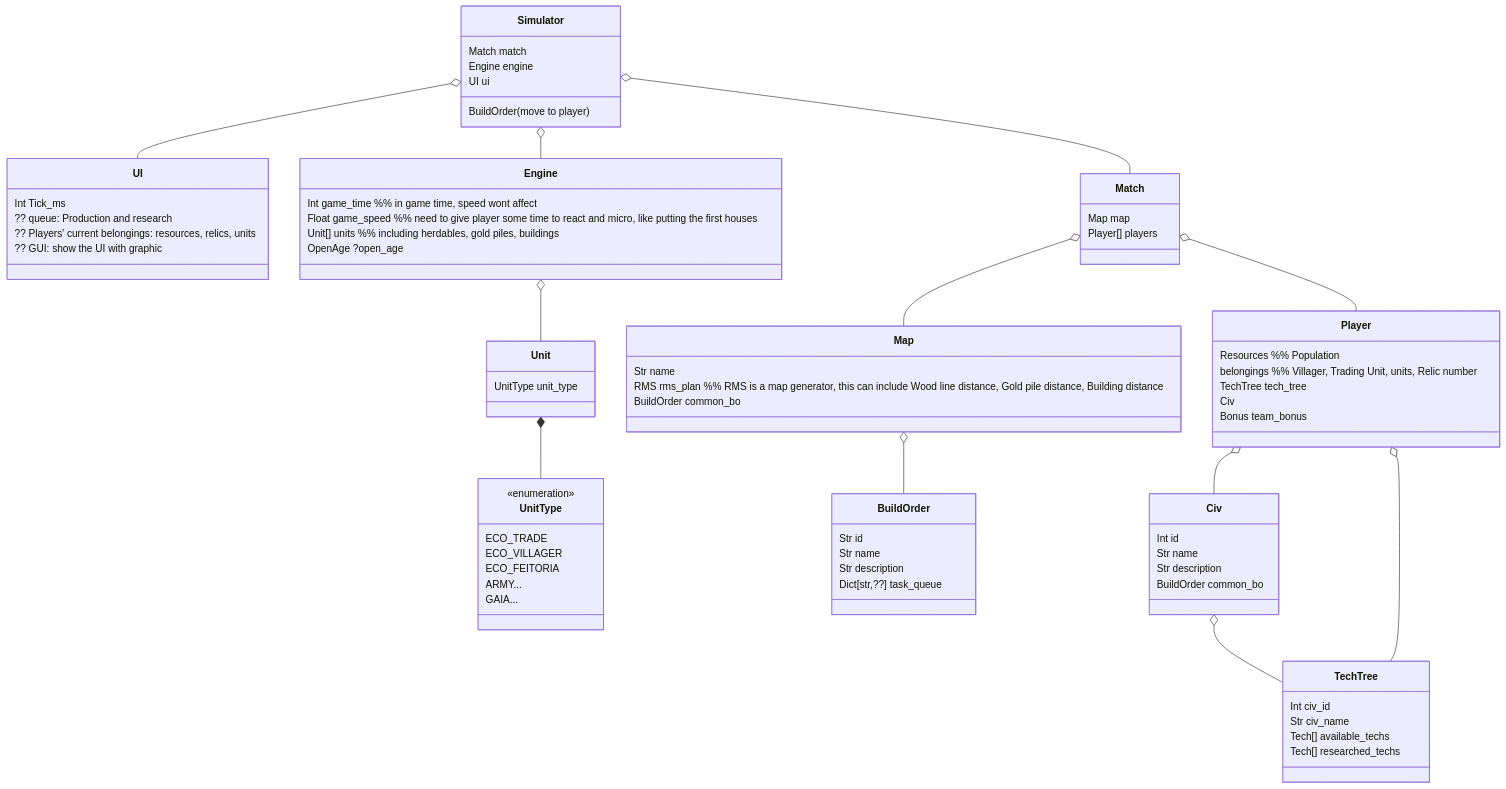
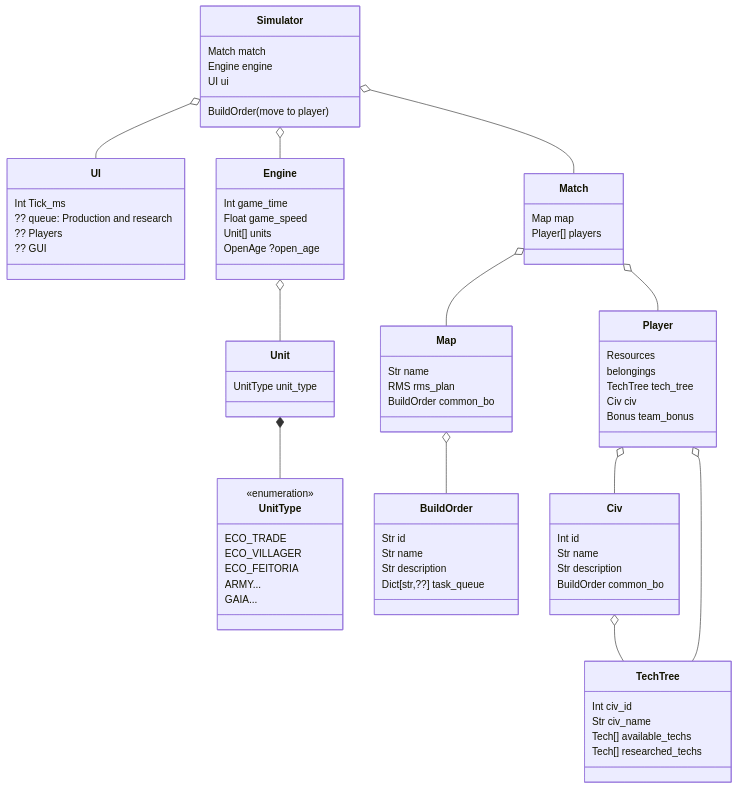
One commit to PabloLION/simulAOEr changed the diagram in README.md. Above: the diagram before and after it, drawn with Mermaid.

Commit message:
docs: fix mermaid comment

```diff
--- a/README.md
+++ b/README.md
@@ -34,9 +34,11 @@
   class UI{
     Int Tick_ms
     ?? queue: Production and research
-    ?? Players' current belongings: resources, relics, units
-    ?? GUI: show the UI with graphic
+    ?? Players
+    ?? GUI
   }
+  %% Players: Players' current belongings like resources, relics, units
+  %% GUI : show the UI with graphic
   Simulator o-- Match
   class Match {
     Map map
@@ -44,15 +46,18 @@
   }
   Simulator o-- Engine
   class Engine {
-    Int game_time %% in game time, speed wont affect
-    Float game_speed %% need to give player some time to react and micro, like putting the first houses
-    Unit[] units %% including herdables, gold piles, buildings
+    Int game_time
+    Float game_speed
+    Unit[] units
     OpenAge ?open_age
   }
+  %% game_time: in game time, speed wont affect
+  %% game_speed: need to give player some real world time to react and micro, like putting the first houses
   Engine o-- Unit
   class Unit {
     UnitType unit_type
   }
+  %% Unit includes herdables, gold piles, buildings
   Unit *-- UnitType
   class UnitType {
     <<enumeration>>
@@ -65,9 +70,10 @@
   Match o-- Map
   class Map {
     Str name
-    RMS rms_plan %% RMS is a map generator, this can include Wood line distance, Gold pile distance, Building distance
+    RMS rms_plan
     BuildOrder common_bo
   }
+  %% RMS is a map generator, this can include Wood line distance, Gold pile distance, Building distance
   Map o-- BuildOrder
   class BuildOrder {
     Str id
@@ -77,12 +83,14 @@
   }
   Match o-- Player
   class Player {
-    Resources %% Population
-    belongings %% Villager, Trading Unit, units, Relic number
+    Resources
+    belongings
     TechTree tech_tree
-    Civ
+    Civ civ
     Bonus team_bonus
   }
+  %% Resources: includes Population
+  %% belongings: Villager, Trading Unit, units, Relic number
   Player o-- Civ
   class Civ {
     Int id
```
